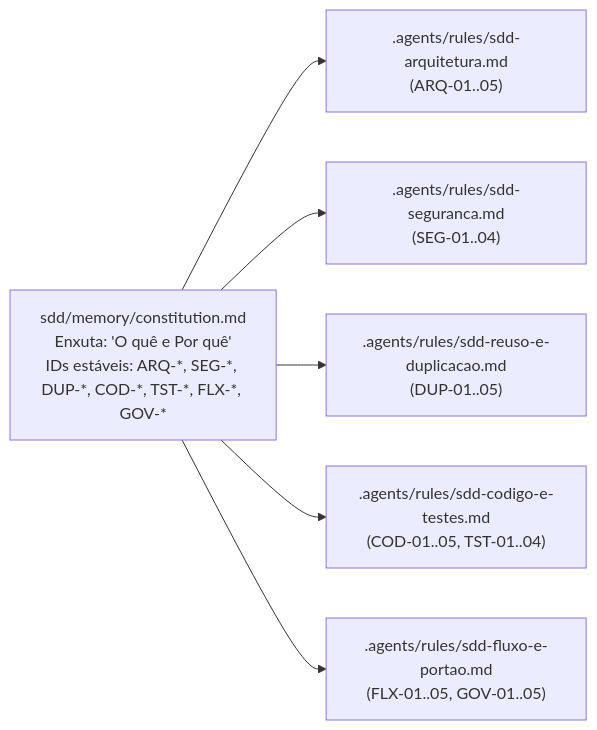
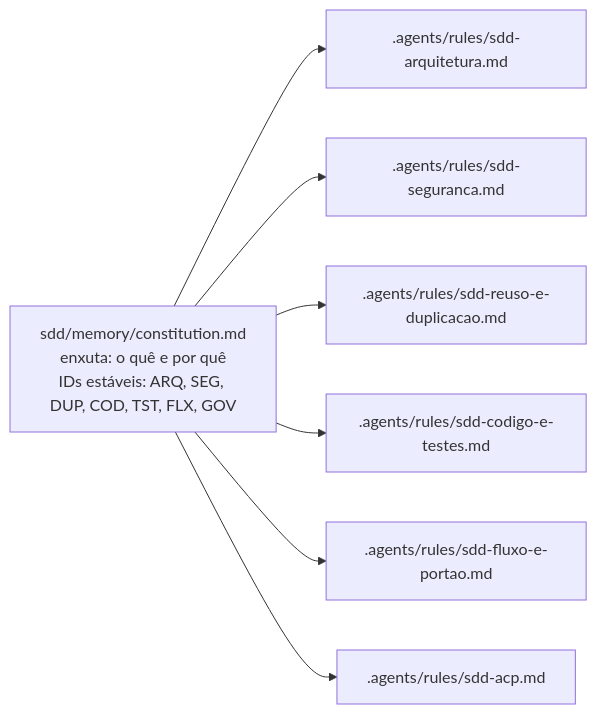
Before and after one commit to nathanramorim/forge-sdd: the third of 3 diagrams in sdd/spec/overview.md, drawn with Mermaid. The commit also changed other lines of this file and 9 other files, not shown here.

First line of the commit message:
docs(spec): sincroniza sdd/spec com o codigo da v4.7.7-beta e registra ADR-0009 a 0012

````diff
--- a/sdd/spec/overview.md
+++ b/sdd/spec/overview.md
@@ -50,9 +73,10 @@
 ```mermaid
 flowchart LR
-    CI["sdd/memory/constitution.md<br/>Enxuta: 'O quê e Por quê'<br/>IDs estáveis: ARQ-*, SEG-*, DUP-*, COD-*, TST-*, FLX-*, GOV-*"]
-    CI --> R1[".agents/rules/sdd-arquitetura.md<br/>(ARQ-01..05)"]
-    CI --> R2[".agents/rules/sdd-seguranca.md<br/>(SEG-01..04)"]
-    CI --> R3[".agents/rules/sdd-reuso-e-duplicacao.md<br/>(DUP-01..05)"]
-    CI --> R4[".agents/rules/sdd-codigo-e-testes.md<br/>(COD-01..05, TST-01..04)"]
-    CI --> R5[".agents/rules/sdd-fluxo-e-portao.md<br/>(FLX-01..05, GOV-01..05)"]
+    CI["sdd/memory/constitution.md<br/>enxuta: o quê e por quê<br/>IDs estáveis: ARQ, SEG, DUP, COD, TST, FLX, GOV"]
+    CI --> R1[".agents/rules/sdd-arquitetura.md"]
+    CI --> R2[".agents/rules/sdd-seguranca.md"]
+    CI --> R3[".agents/rules/sdd-reuso-e-duplicacao.md"]
+    CI --> R4[".agents/rules/sdd-codigo-e-testes.md"]
+    CI --> R5[".agents/rules/sdd-fluxo-e-portao.md"]
+    CI --> R6[".agents/rules/sdd-acp.md"]
 ```
````
